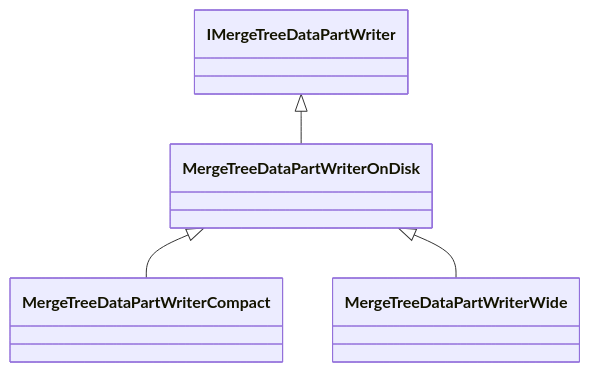
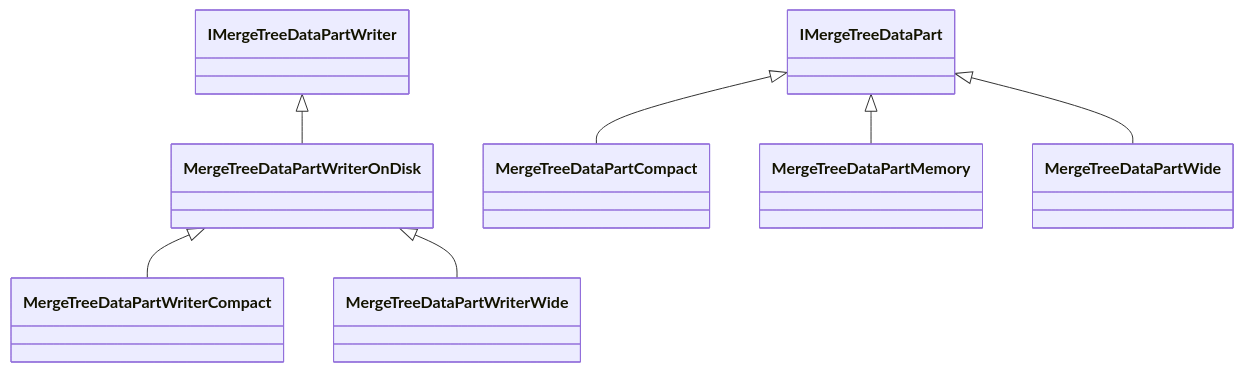
Before and after one commit to mathfool/mathfool.github.io: the first of 2 diagrams in _posts/2021-05-19-clickhouse-day2.markdown, drawn with Mermaid. The commit also changed other lines of this file, not shown here.

```diff
--- a/_posts/2021-05-19-clickhouse-day2.markdown
+++ b/_posts/2021-05-19-clickhouse-day2.markdown
@@ -11,6 +11,10 @@
 <div class="mermaid">
 classDiagram
 IMergeTreeDataPartWriter <|-- MergeTreeDataPartWriterOnDisk
 MergeTreeDataPartWriterOnDisk <|-- MergeTreeDataPartWriterCompact
 MergeTreeDataPartWriterOnDisk <|-- MergeTreeDataPartWriterWide
+
+IMergeTreeDataPart <|-- MergeTreeDataPartCompact
+IMergeTreeDataPart <|-- MergeTreeDataPartMemory
+IMergeTreeDataPart <|-- MergeTreeDataPartWide
 </div>
```
